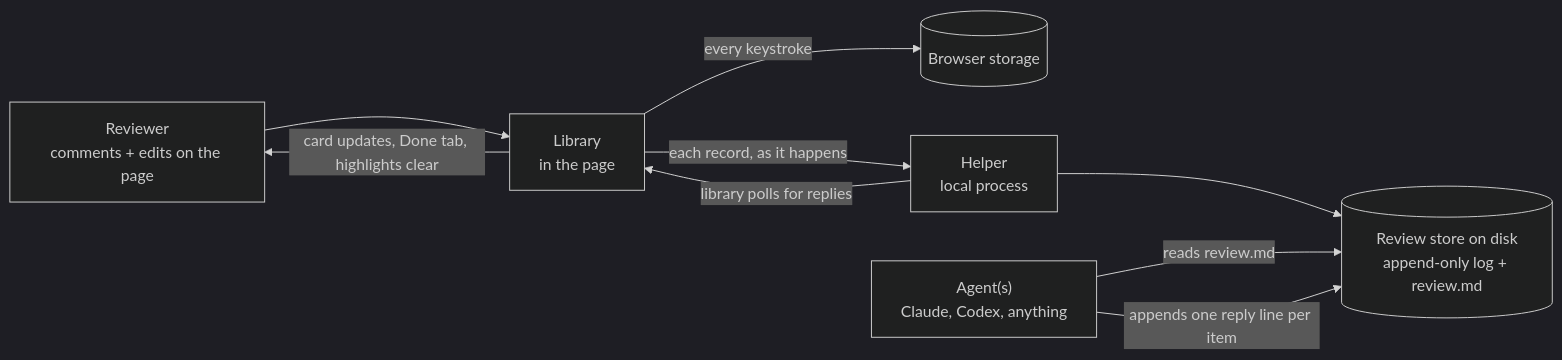
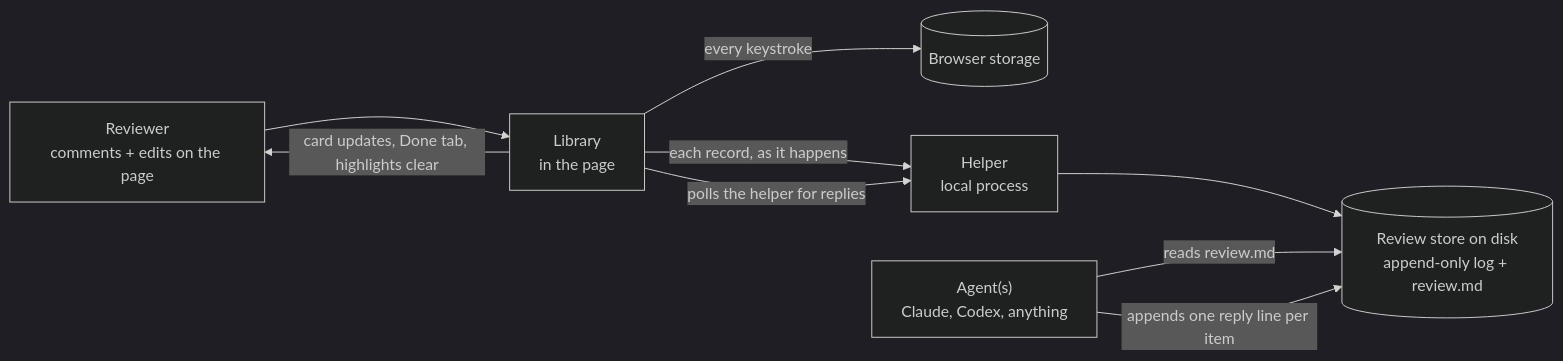
The first of 4 diagrams in docs/features/20260812.01_live_agentic_html_editor/02_architecture_live_agentic_html_editor.md (kenxle/live-agentic-html-editor), drawn with Mermaid (dark theme) before and after one commit. The commit also changed other lines of this file and 3 other files, not shown here.

Commit message:
Ken round 3 on architecture: review-folder collision answer, poller-points-at-polled arrows, framework-free protection with Rails as first named integration

````diff
--- a/docs/features/20260812.01_live_agentic_html_editor/02_architecture_live_agentic_html_editor.md
+++ b/docs/features/20260812.01_live_agentic_html_editor/02_architecture_live_agentic_html_editor.md
@@ -20,11 +20,11 @@
 ```mermaid
 flowchart LR
     R["Reviewer<br/>comments + edits on the page"] --> L["Library<br/>in the page"]
     L -->|"every keystroke"| B[("Browser storage")]
     L -->|"each record, as it happens"| H["Helper<br/>local process"]
     H --> S[("Review store on disk<br/>append-only log + review.md")]
     A["Agent(s)<br/>Claude, Codex, anything"] -->|"reads review.md"| S
     A -->|"appends one reply line per item"| S
-    H -->|"library polls for replies"| L
+    L -->|"polls the helper for replies"| H
     L -->|"card updates, Done tab, highlights clear"| R
 ```
````
